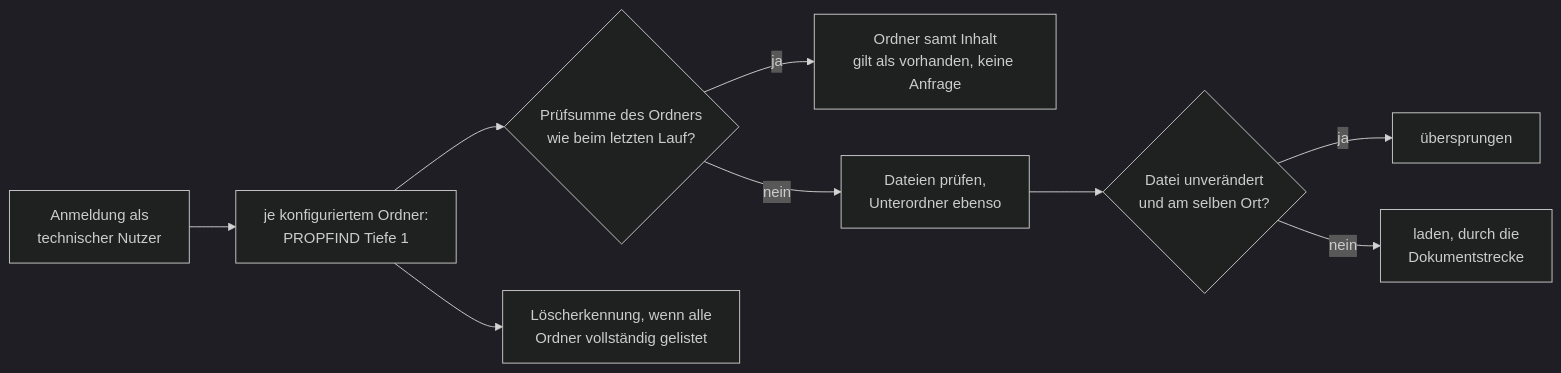
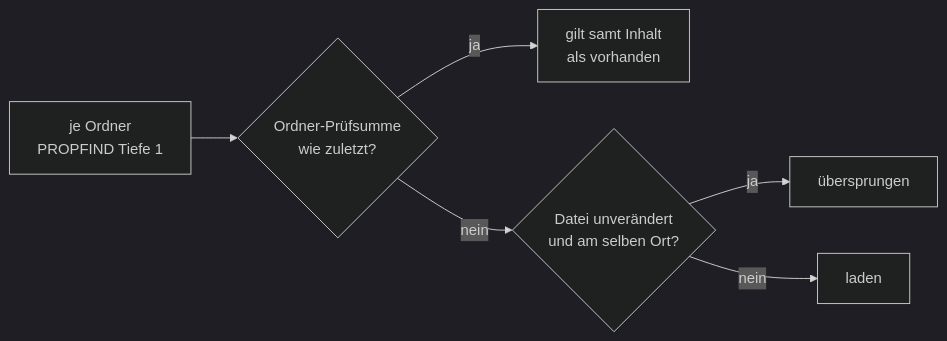
Before and after one commit to criew/opaa: the second of 2 diagrams in docs/handbuch/konnektoren/nextcloud.md, drawn with Mermaid (dark theme). The commit also changed other lines of this file, not shown here.

````diff
--- a/docs/handbuch/konnektoren/nextcloud.md
+++ b/docs/handbuch/konnektoren/nextcloud.md
@@ -47,11 +91,8 @@
 ```mermaid
 flowchart LR
-    A[Anmeldung als<br/>technischer Nutzer] --> B[je konfiguriertem Ordner:<br/>PROPFIND Tiefe 1]
-    B --> C{Prüfsumme des Ordners<br/>wie beim letzten Lauf?}
-    C -- ja --> K[Ordner samt Inhalt<br/>gilt als vorhanden, keine Anfrage]
-    C -- nein --> D[Dateien prüfen,<br/>Unterordner ebenso]
-    D --> E{Datei unverändert<br/>und am selben Ort?}
-    E -- ja --> S[übersprungen]
-    E -- nein --> F[laden, durch die<br/>Dokumentstrecke]
-    B --> R[Löscherkennung, wenn alle<br/>Ordner vollständig gelistet]
+    B[je Ordner<br/>PROPFIND Tiefe 1] --> C{Ordner-Prüfsumme<br/>wie zuletzt?}
+    C -- ja --> K[gilt samt Inhalt<br/>als vorhanden]
+    C -- nein --> D{Datei unverändert<br/>und am selben Ort?}
+    D -- ja --> S[übersprungen]
+    D -- nein --> F[laden]
 ```
````
